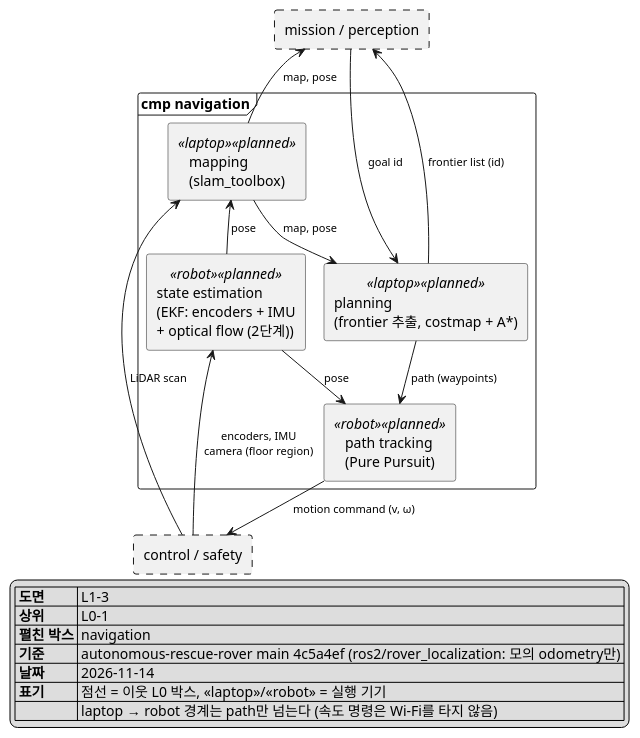
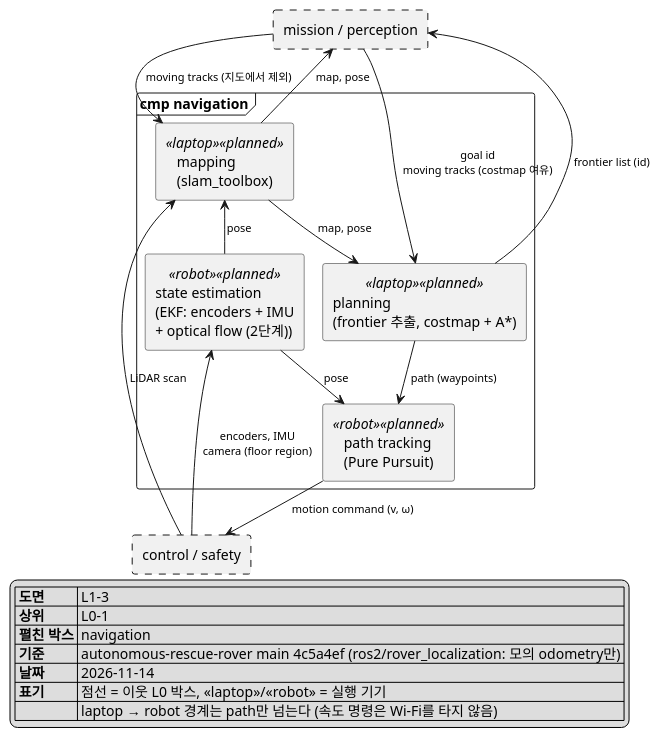
One commit to Ruysong/autonomous-rescue-rover changed the diagram in docs/architecture/L1-3_navigation.puml. Above: the diagram before and after it, drawn with PlantUML. The commit also changed 6 other files, not shown here.

Commit message:
docs: moving object tracker feeds person candidates, mapping filter, costmap

```diff
--- a/docs/architecture/L1-3_navigation.puml
+++ b/docs/architecture/L1-3_navigation.puml
@@ -1,42 +1,43 @@
 @startuml L1-3_navigation
 !pragma layout smetana
 skinparam monochrome true
 skinparam shadowing false
 skinparam defaultFontName "Malgun Gothic"
 skinparam componentStyle rectangle
 skinparam ArrowFontSize 11
 top to bottom direction
 
 rectangle "mission / perception" as MISSION #line.dashed
 
 frame "cmp navigation" {
   component "mapping\n(slam_toolbox)" <<laptop>> <<planned>> as MAP
   component "planning\n(frontier 추출, costmap + A*)" <<laptop>> <<planned>> as PLAN
   component "state estimation\n(EKF: encoders + IMU\n+ optical flow (2단계))" <<robot>> <<planned>> as EKF
   component "path tracking\n(Pure Pursuit)" <<robot>> <<planned>> as TRACK
 }
 
 rectangle "control / safety" as CONTROL #line.dashed
 
-MISSION --> PLAN : goal id
+MISSION --> PLAN : goal id\nmoving tracks (costmap 여유)
+MISSION --> MAP : moving tracks (지도에서 제외)
 PLAN -up-> MISSION : frontier list (id)
 MAP -up-> MISSION : map, pose
 
 CONTROL -up-> EKF : encoders, IMU\ncamera (floor region)
 CONTROL -up-> MAP : LiDAR scan
 EKF -up-> MAP : pose
 MAP --> PLAN : map, pose
 PLAN --> TRACK : path (waypoints)
 EKF --> TRACK : pose
 TRACK --> CONTROL : motion command (v, ω)
 
 legend bottom right
   |= 도면 | L1-3 |
   |= 상위 | L0-1 |
   |= 펼친 박스 | navigation |
   |= 기준 | autonomous-rescue-rover main 4c5a4ef (ros2/rover_localization: 모의 odometry만) |
   |= 날짜 | 2026-11-14 |
   |= 표기 | 점선 = 이웃 L0 박스, <<laptop>>/<<robot>> = 실행 기기 |
   |= | laptop → robot 경계는 path만 넘는다 (속도 명령은 Wi-Fi를 타지 않음) |
 endlegend
 @enduml
```
